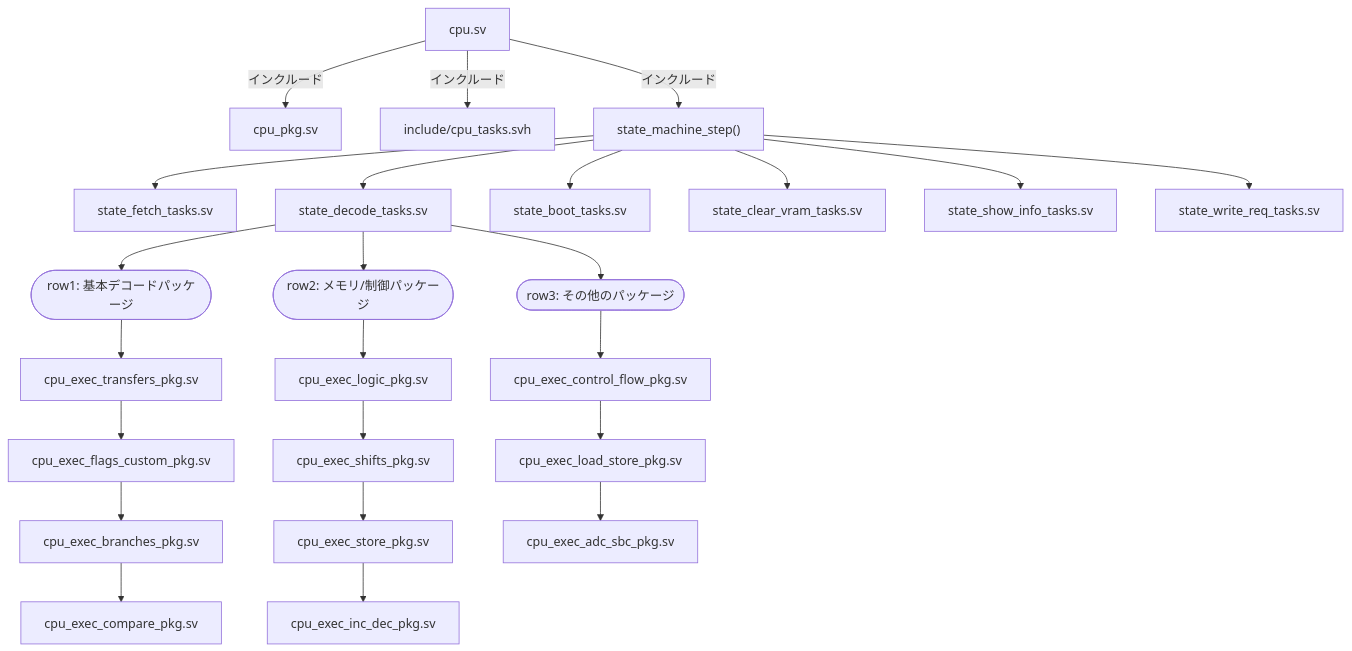
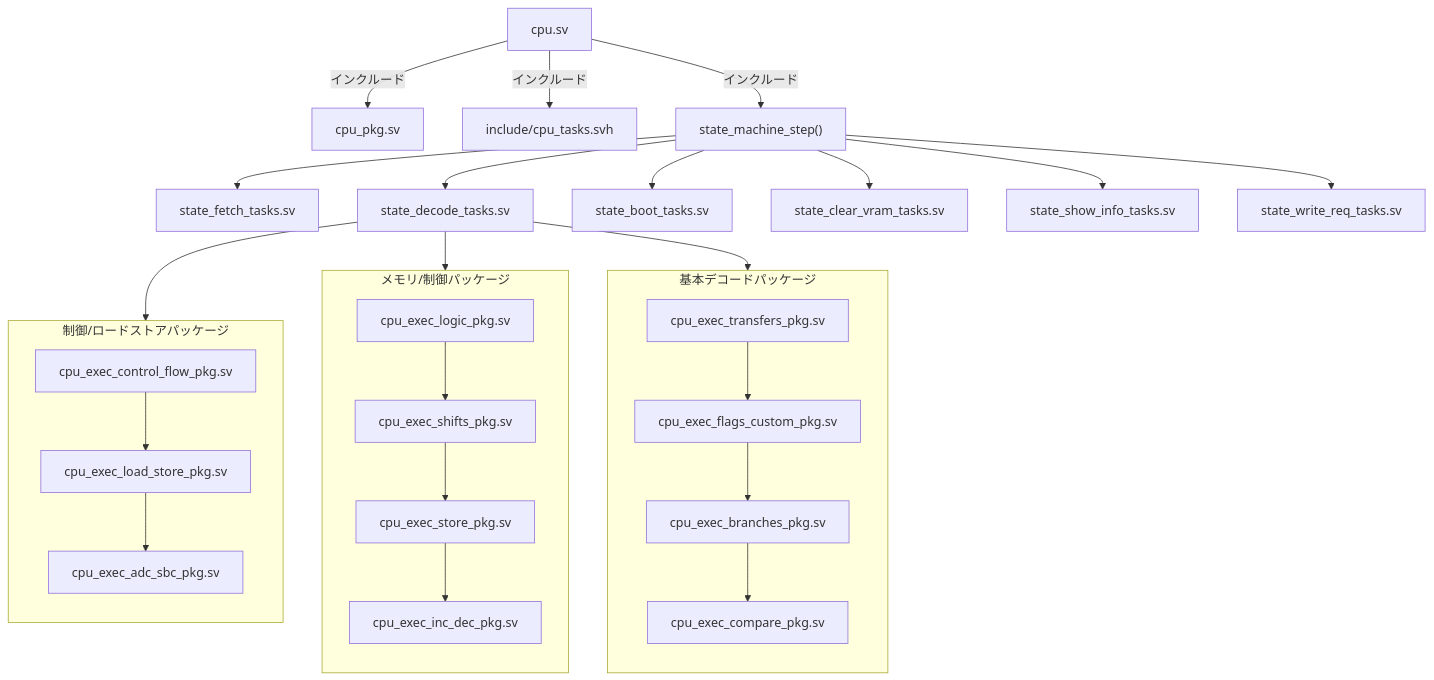
The third of 5 diagrams in day99_completed/docs/README_architecture_ja.md (sokoide/tangnano_6502_cpu), drawn with Mermaid before and after one commit. The commit also changed other lines of this file and 5 other files, not shown here.

````diff
--- a/day99_completed/docs/README_architecture_ja.md
+++ b/day99_completed/docs/README_architecture_ja.md
@@ -167,19 +169,31 @@
 ```mermaid
-graph TD
+graph TB
     cpu[cpu.sv]
     cpu -->|インクルード| pkg[cpu_pkg.sv]
     cpu -->|インクルード| tasks[include/cpu_tasks.svh]
     cpu -->|インクルード| state_machine["state_machine_step()"]
     state_machine --> state_fetch[state_fetch_tasks.sv]
     state_machine --> state_decode[state_decode_tasks.sv]
     state_machine --> state_boot[state_boot_tasks.sv]
     state_machine --> state_clear[state_clear_vram_tasks.sv]
     state_machine --> state_show[state_show_info_tasks.sv]
     state_machine --> state_write_req[state_write_req_tasks.sv]
-    state_decode --> row1([row1: 基本デコードパッケージ])
-    row1 --> exec_transfers[cpu_exec_transfers_pkg.sv] --> exec_flags[cpu_exec_flags_custom_pkg.sv] --> exec_branches[cpu_exec_branches_pkg.sv] --> exec_compare[cpu_exec_compare_pkg.sv]
-    state_decode --> row2([row2: メモリ/制御パッケージ])
-    row2 --> exec_logic[cpu_exec_logic_pkg.sv] --> exec_shifts[cpu_exec_shifts_pkg.sv] --> exec_store[cpu_exec_store_pkg.sv] --> exec_inc_dec[cpu_exec_inc_dec_pkg.sv]
-    state_decode --> row3([row3: その他のパッケージ])
-    row3 --> exec_control_flow[cpu_exec_control_flow_pkg.sv] --> exec_load_store[cpu_exec_load_store_pkg.sv] --> exec_adc_sbc[cpu_exec_adc_sbc_pkg.sv]
+    state_decode --> exec_transfers
+    state_decode --> exec_logic
+    state_decode --> exec_control_flow
+
+    subgraph decode_col1["基本デコードパッケージ"]
+      direction TB
+      exec_transfers[cpu_exec_transfers_pkg.sv] --> exec_flags[cpu_exec_flags_custom_pkg.sv] --> exec_branches[cpu_exec_branches_pkg.sv] --> exec_compare[cpu_exec_compare_pkg.sv]
+    end
+
+    subgraph decode_col2["メモリ/制御パッケージ"]
+      direction TB
+      exec_logic[cpu_exec_logic_pkg.sv] --> exec_shifts[cpu_exec_shifts_pkg.sv] --> exec_store[cpu_exec_store_pkg.sv] --> exec_inc_dec[cpu_exec_inc_dec_pkg.sv]
+    end
+
+    subgraph decode_col3["制御/ロードストアパッケージ"]
+      direction TB
+      exec_control_flow[cpu_exec_control_flow_pkg.sv] --> exec_load_store[cpu_exec_load_store_pkg.sv] --> exec_adc_sbc[cpu_exec_adc_sbc_pkg.sv]
+    end
 ```
````
